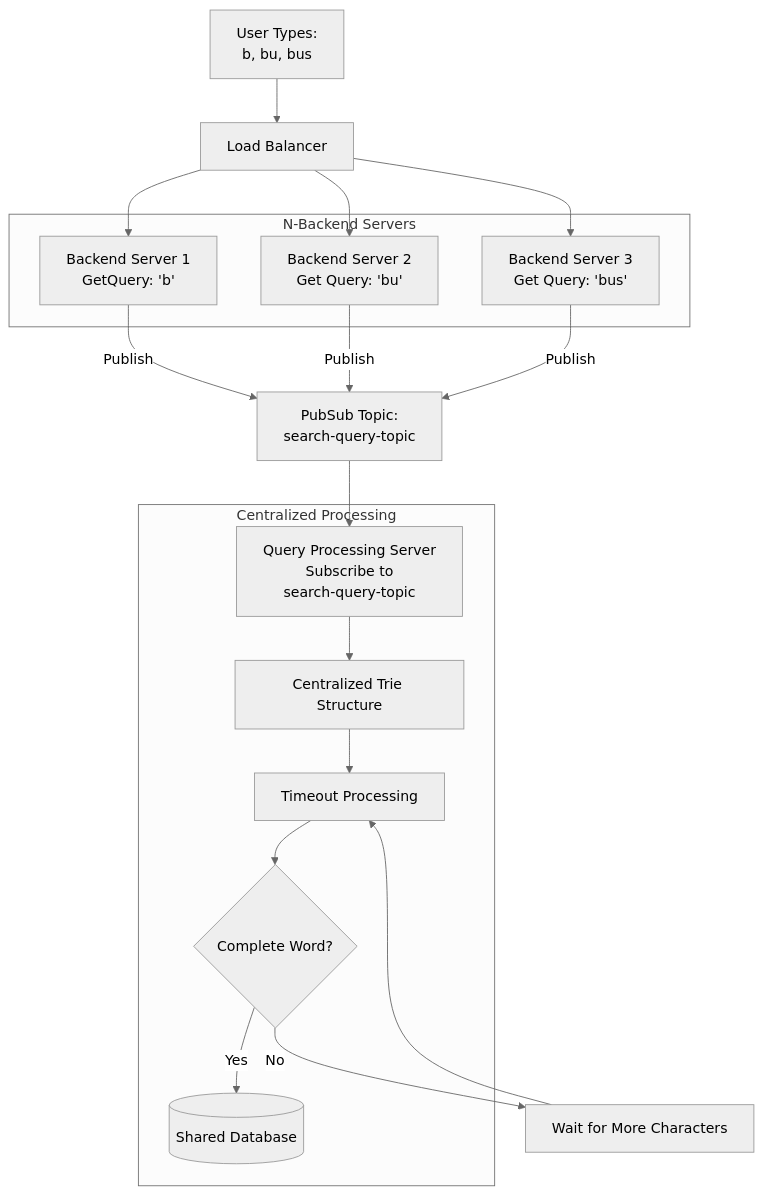
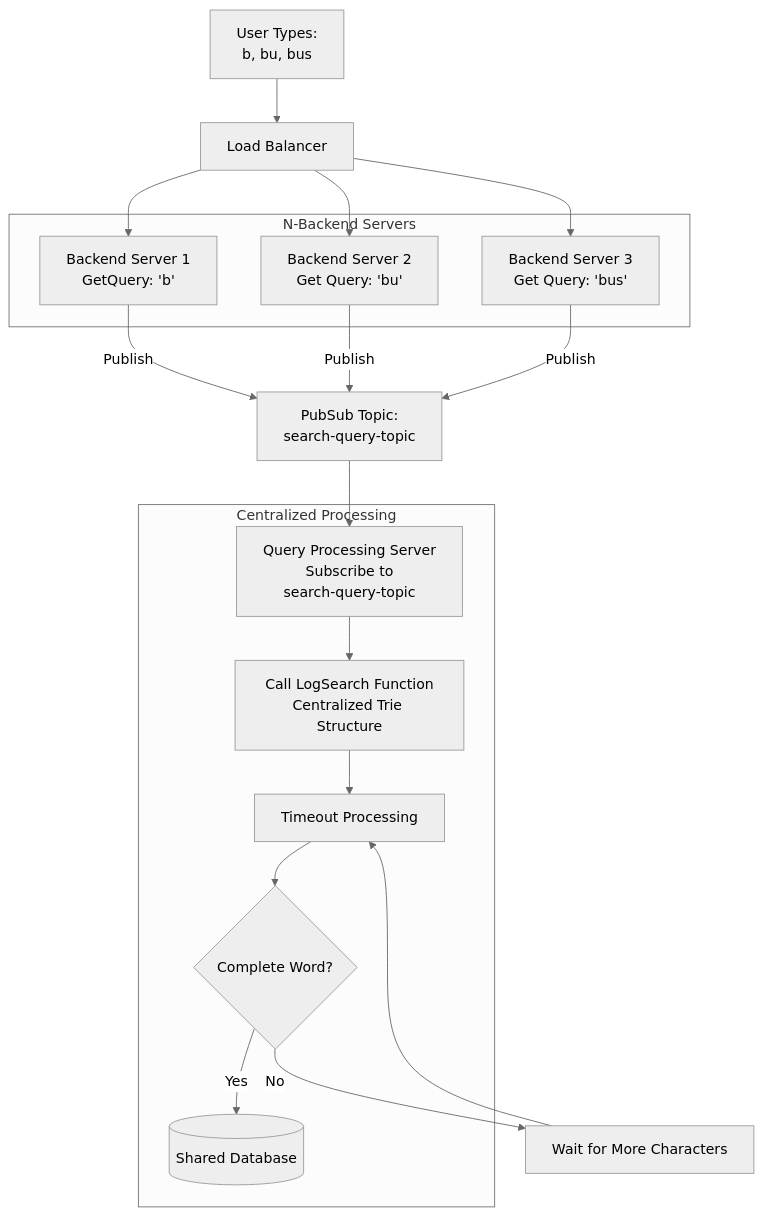
One commit to afanwang/logsearch changed the diagram in README.md. Above: the diagram before and after it, drawn with Mermaid (neutral theme).

Commit message:
update: Readme with Call LogSearch() func

````diff
--- a/README.md
+++ b/README.md
@@ -82,36 +82,36 @@
 ```mermaid
 graph TD
     A[User Types:<br/> b, bu, bus] --> B[Load Balancer]
     
     B --> C[Backend Server 1<br/>GetQuery: 'b']
     B --> D[Backend Server 2<br/>Get Query: 'bu']  
     B --> E[Backend Server 3<br/>Get Query: 'bus']
     
     C -->|Publish| F[PubSub Topic:<br/>search-query-topic]
     D -->|Publish| F
     E -->|Publish| F
 
     F --> G[Query Processing Server<br/> Subscribe to <br/>search-query-topic]
 
-    G --> H[Centralized Trie Structure]
+    G --> H[Call LogSearch Function<br/>Centralized Trie Structure]
     H --> I[Timeout Processing]
     I --> J{Complete Word?}
     
     J -->|Yes| K[(Shared Database)]
     J -->|No| L[Wait for More Characters]
     L --> I
     
     subgraph "N-Backend Servers"
         C
         D  
         E
     end
     
     subgraph "Centralized Processing"
         G
         H
         I
         J
         K
     end
 ```
````
